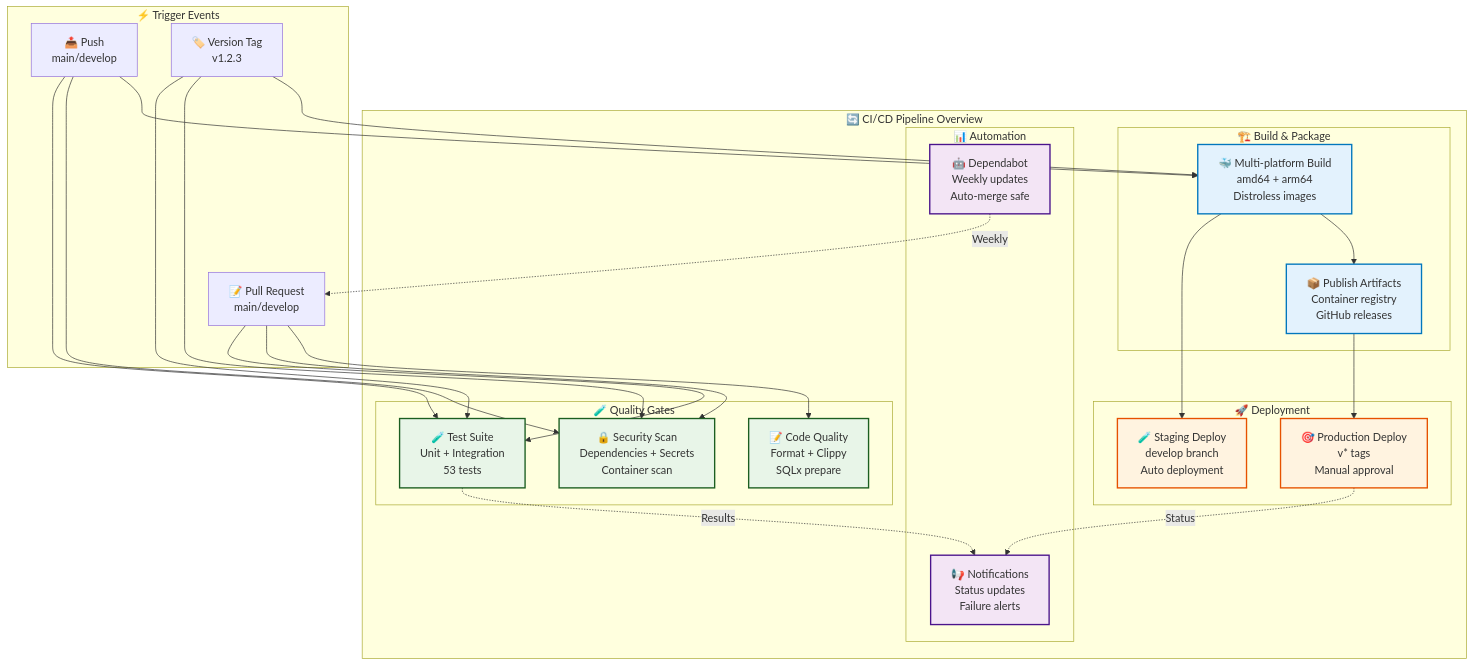
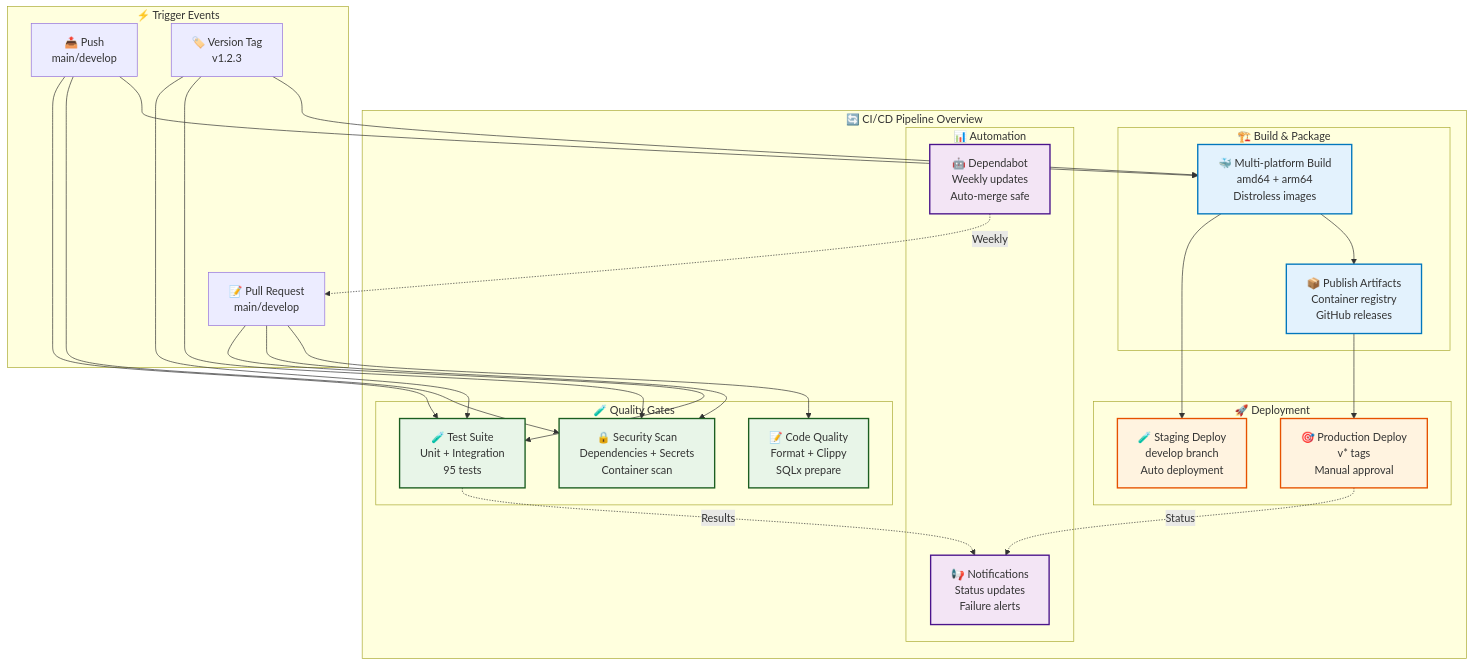
Before and after one commit to quanhua92/rust-fullstack-starter: the diagram in docs/cicd.md, drawn with Mermaid. The commit also changed 42 other files, not shown here.

````diff
--- a/docs/cicd.md
+++ b/docs/cicd.md
@@ -7,60 +7,60 @@
 ```mermaid
 graph TB
     subgraph "🔄 CI/CD Pipeline Overview"
         subgraph "🧪 Quality Gates"
-            TEST[🧪 Test Suite<br/>Unit + Integration<br/>53 tests]
+            TEST[🧪 Test Suite<br/>Unit + Integration<br/>95 tests]
             SECURITY[🔒 Security Scan<br/>Dependencies + Secrets<br/>Container scan]
             LINT[📝 Code Quality<br/>Format + Clippy<br/>SQLx prepare]
         end
         
         subgraph "🏗️ Build & Package"
             BUILD[🐳 Multi-platform Build<br/>amd64 + arm64<br/>Distroless images]
             PUBLISH[📦 Publish Artifacts<br/>Container registry<br/>GitHub releases]
         end
         
         subgraph "🚀 Deployment"
             STAGING[🧪 Staging Deploy<br/>develop branch<br/>Auto deployment]
             PROD[🎯 Production Deploy<br/>v* tags<br/>Manual approval]
         end
         
         subgraph "📊 Automation"
             DEPENDABOT[🤖 Dependabot<br/>Weekly updates<br/>Auto-merge safe]
             NOTIFICATIONS[📢 Notifications<br/>Status updates<br/>Failure alerts]
         end
     end
     
     subgraph "⚡ Trigger Events"
         PR[📝 Pull Request<br/>main/develop]
         PUSH[📤 Push<br/>main/develop]
         TAG[🏷️ Version Tag<br/>v1.2.3]
     end
     
     PR --> TEST
     PR --> SECURITY
     PR --> LINT
     
     PUSH --> TEST
     PUSH --> SECURITY
     PUSH --> BUILD
     BUILD --> STAGING
     
     TAG --> TEST
     TAG --> SECURITY
     TAG --> BUILD
     BUILD --> PUBLISH
     PUBLISH --> PROD
     
     DEPENDABOT -.->|Weekly| PR
     TEST -.->|Results| NOTIFICATIONS
     PROD -.->|Status| NOTIFICATIONS
     
     classDef qualityBox fill:#e8f5e8,stroke:#1b5e20,stroke-width:2px
     classDef buildBox fill:#e3f2fd,stroke:#0277bd,stroke-width:2px
     classDef deployBox fill:#fff3e0,stroke:#e65100,stroke-width:2px
     classDef autoBox fill:#f3e5f5,stroke:#4a148c,stroke-width:2px
     
     class TEST,SECURITY,LINT qualityBox
     class BUILD,PUBLISH buildBox
     class STAGING,PROD deployBox
     class DEPENDABOT,NOTIFICATIONS autoBox
 ```
````
